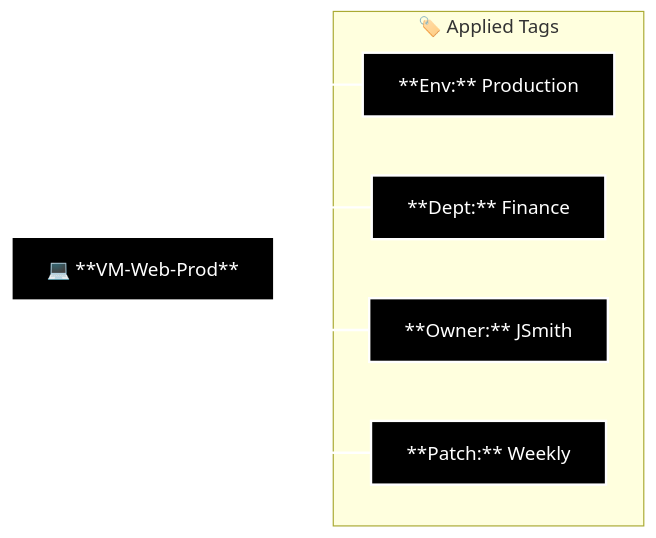
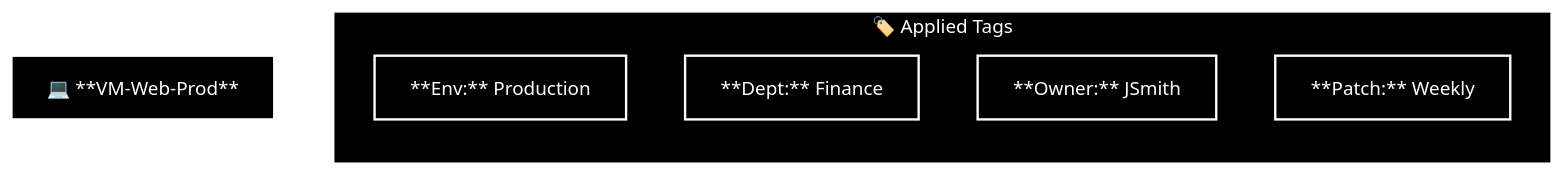
The fifth of 6 diagrams in AZ-305/Theory/Theory-Design-Governance.md (PelmeenidHapukoorega/Solutions-Architect), drawn with Mermaid before and after one commit. The commit also changed other lines of this file, not shown here.

````diff
--- a/AZ-305/Theory/Theory-Design-Governance.md
+++ b/AZ-305/Theory/Theory-Design-Governance.md
@@ -328,22 +328,30 @@
 ```mermaid
 graph LR
     Resource["💻 **VM-Web-Prod**"]
     
-    subgraph Metadata [🏷️ Applied Tags]
+    subgraph Metadata ["🏷️ Applied Tags"]
+        direction TB
         T1["**Env:** Production"]
         T2["**Dept:** Finance"]
         T3["**Owner:** JSmith"]
         T4["**Patch:** Weekly"]
     end
     
     Resource --- T1
     Resource --- T2
     Resource --- T3
     Resource --- T4
 
     %% --- DARK MODE STYLING ---
     %% Fill: Black | Stroke: White | Text: White
     classDef dark fill:#000,stroke:#fff,stroke-width:2px,color:#fff;
+    
+    %% Apply style to Nodes
     class Resource,T1,T2,T3,T4 dark;
+    
+    %% Apply style to the Subgraph (The Box around the tags)
+    style Metadata fill:#000,stroke:#fff,stroke-width:2px,color:#fff
+    
+    %% Make lines white
     linkStyle default stroke:#fff,stroke-width:2px;
 ```
````
